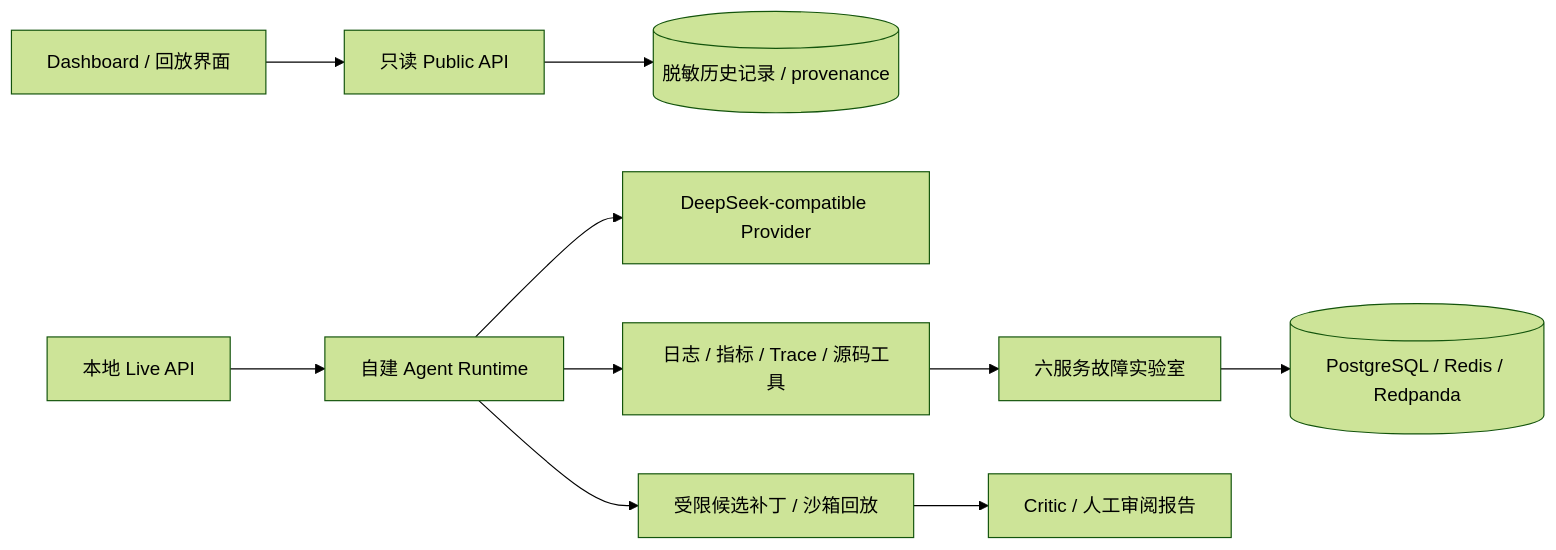
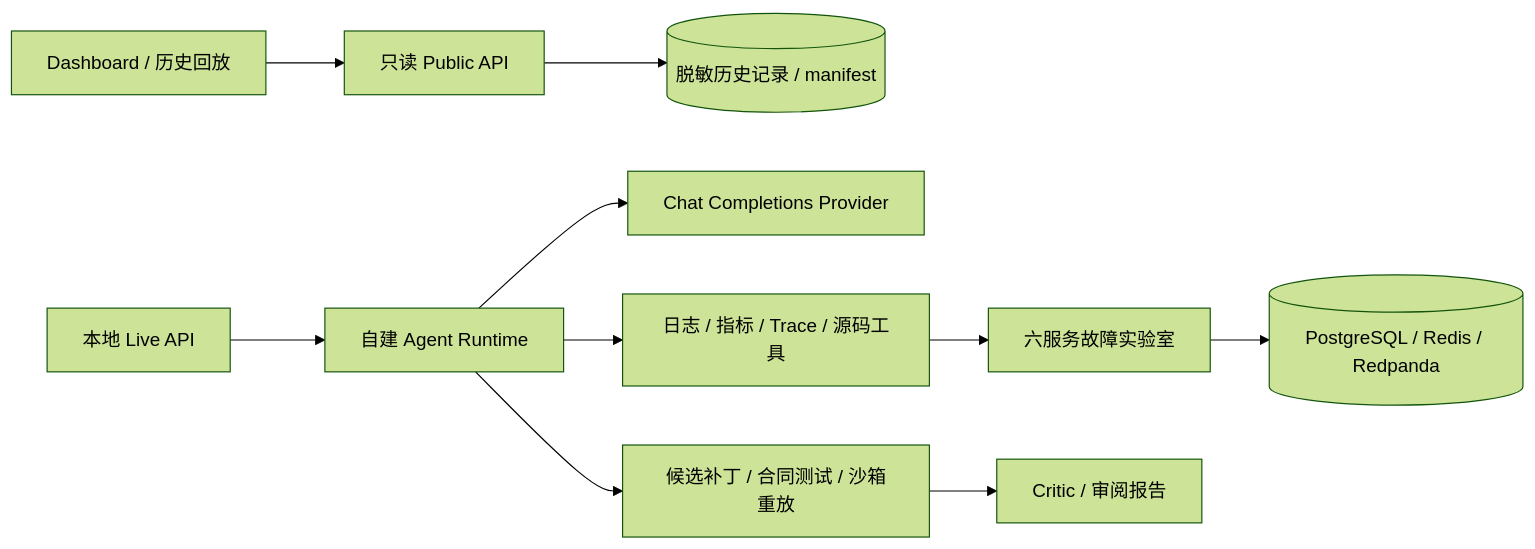
One commit to tangwencan666/Project-Sentinel changed the diagram in README.md. Above: the diagram before and after it, drawn with Mermaid (forest theme). The commit also changed other lines of this file and 5 other files, not shown here.

````diff
--- a/README.md
+++ b/README.md
@@ -27,12 +42,12 @@
 ```mermaid
 flowchart LR
-  UI["Dashboard / 回放界面"] --> PUBLIC["只读 Public API"]
-  PUBLIC --> FILES[("脱敏历史记录 / provenance")]
-  LIVE["本地 Live API"] --> AGENT["自建 Agent Runtime"]
-  AGENT --> LLM["DeepSeek-compatible Provider"]
-  AGENT --> TOOLS["日志 / 指标 / Trace / 源码工具"]
+  UI["Dashboard / 历史回放"] --> PUBLIC["只读 Public API"]
+  PUBLIC --> FILES[("脱敏历史记录 / manifest")]
+  LIVE["本地 Live API"] --> RUNTIME["自建 Agent Runtime"]
+  RUNTIME --> MODEL["Chat Completions Provider"]
+  RUNTIME --> TOOLS["日志 / 指标 / Trace / 源码工具"]
   TOOLS --> LAB["六服务故障实验室"]
-  LAB --> DATA[("PostgreSQL / Redis / Redpanda")]
-  AGENT --> PATCH["受限候选补丁 / 沙箱回放"]
-  PATCH --> CRITIC["Critic / 人工审阅报告"]
+  LAB --> DEPS[("PostgreSQL / Redis / Redpanda")]
+  RUNTIME --> PATCH["候选补丁 / 合同测试 / 沙箱重放"]
+  PATCH --> CRITIC["Critic / 审阅报告"]
 ```
````
